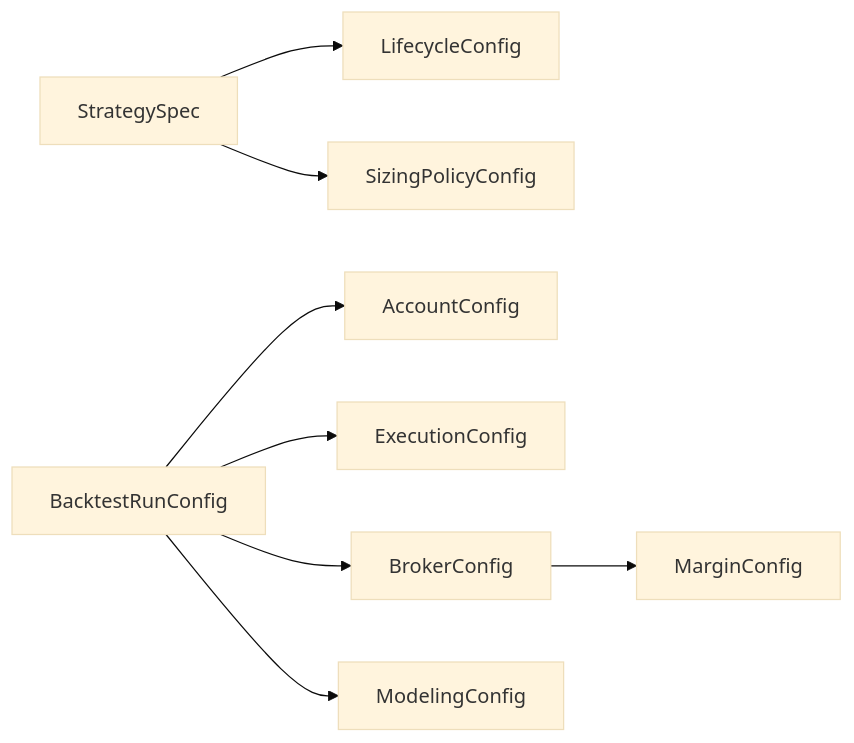
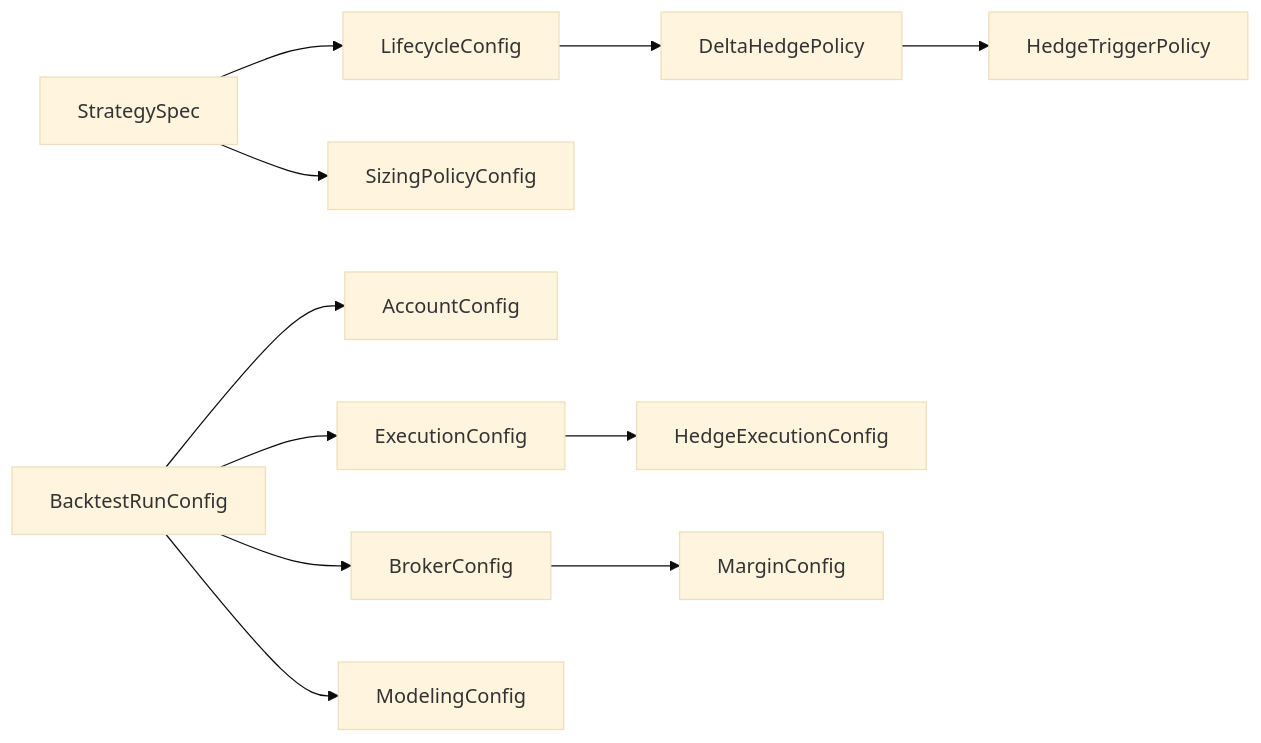
One commit to anthonymakarewicz/volatility-trading changed the third of 6 diagrams in docs/reference/options_backtesting_architecture_internals.md. Above: the diagram before and after it, drawn with Mermaid (base theme). The commit also changed other lines of this file and 22 other files, not shown here.

````diff
--- a/docs/reference/options_backtesting_architecture_internals.md
+++ b/docs/reference/options_backtesting_architecture_internals.md
@@ -124,10 +124,13 @@
 ```mermaid
 flowchart LR
     S[StrategySpec] --> S1[LifecycleConfig]
+    S1 --> S11[DeltaHedgePolicy]
+    S11 --> S12[HedgeTriggerPolicy]
     S --> S2[SizingPolicyConfig]
     R[BacktestRunConfig] --> R1[AccountConfig]
     R --> R2[ExecutionConfig]
+    R2 --> R21[HedgeExecutionConfig]
     R --> R3[BrokerConfig]
     R --> R4[ModelingConfig]
     R3 --> R31[MarginConfig]
 ```
````
